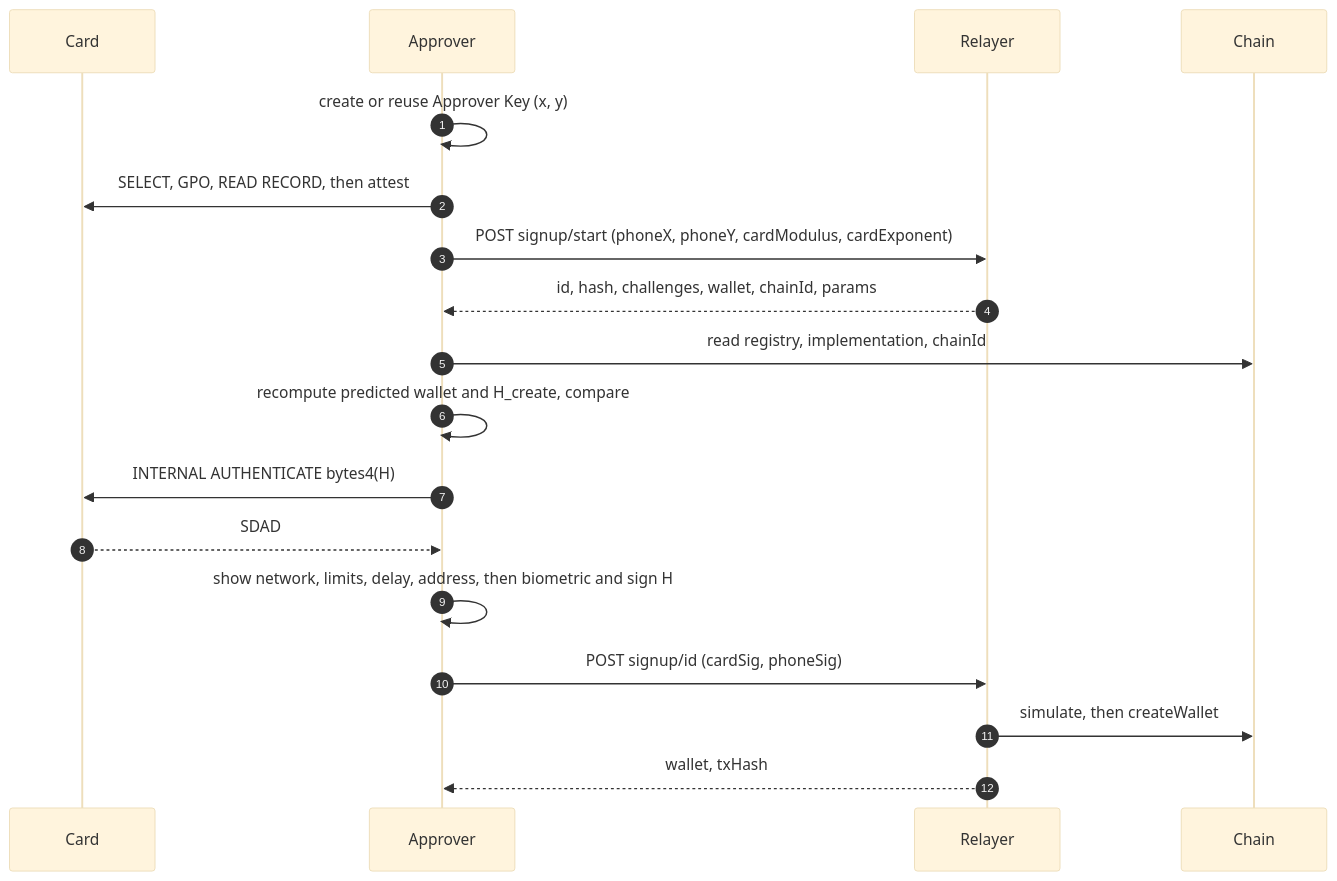
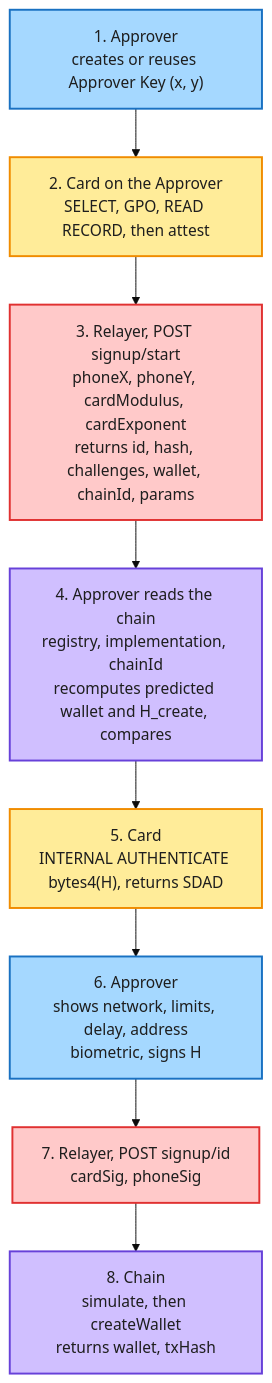
One commit to team-somehow/tap2eth changed the eighth of 11 diagrams in docs/PROTOCOL.md. Above: the diagram before and after it, drawn with Mermaid (base theme). The commit also changed other lines of this file and 1 other file, not shown here.

First line of the commit message:
docs: block diagrams for the reader-card exchange, signup and payment

````diff
--- a/docs/PROTOCOL.md
+++ b/docs/PROTOCOL.md
@@ -1045,20 +1054,18 @@
 ```mermaid
-sequenceDiagram
-    autonumber
-    participant Card
-    participant A as Approver
-    participant L as Relayer
-    participant W as Chain
-    A->>A: create or reuse Approver Key (x, y)
-    A->>Card: SELECT, GPO, READ RECORD, then attest
-    A->>L: POST signup/start (phoneX, phoneY, cardModulus, cardExponent)
-    L-->>A: id, hash, challenges, wallet, chainId, params
-    A->>W: read registry, implementation, chainId
-    A->>A: recompute predicted wallet and H_create, compare
-    A->>Card: INTERNAL AUTHENTICATE bytes4(H)
-    Card-->>A: SDAD
-    A->>A: show network, limits, delay, address, then biometric and sign H
-    A->>L: POST signup/id (cardSig, phoneSig)
-    L->>W: simulate, then createWallet
-    L-->>A: wallet, txHash
+flowchart TD
+    A1["1. Approver<br/>creates or reuses Approver Key (x, y)"]:::phone
+    A2["2. Card on the Approver<br/>SELECT, GPO, READ RECORD, then attest"]:::card
+    A3["3. Relayer, POST signup/start<br/>phoneX, phoneY, cardModulus, cardExponent<br/>returns id, hash, challenges, wallet, chainId, params"]:::relayer
+    A4["4. Approver reads the chain<br/>registry, implementation, chainId<br/>recomputes predicted wallet and H_create, compares"]:::chain
+    A5["5. Card<br/>INTERNAL AUTHENTICATE bytes4(H), returns SDAD"]:::card
+    A6["6. Approver<br/>shows network, limits, delay, address<br/>biometric, signs H"]:::phone
+    A7["7. Relayer, POST signup/id<br/>cardSig, phoneSig"]:::relayer
+    A8["8. Chain<br/>simulate, then createWallet<br/>returns wallet, txHash"]:::chain
+    A1 --> A2 --> A3 --> A4 --> A5 --> A6 --> A7 --> A8
+
+    classDef card fill:#ffec99,stroke:#f08c00,stroke-width:2px,color:#1e1e1e
+    classDef reader fill:#e9ecef,stroke:#495057,stroke-width:2px,color:#1e1e1e
+    classDef phone fill:#a5d8ff,stroke:#1971c2,stroke-width:2px,color:#1e1e1e
+    classDef chain fill:#d0bfff,stroke:#6741d9,stroke-width:2px,color:#1e1e1e
+    classDef relayer fill:#ffc9c9,stroke:#e03131,stroke-width:2px,color:#1e1e1e
 ```
````
